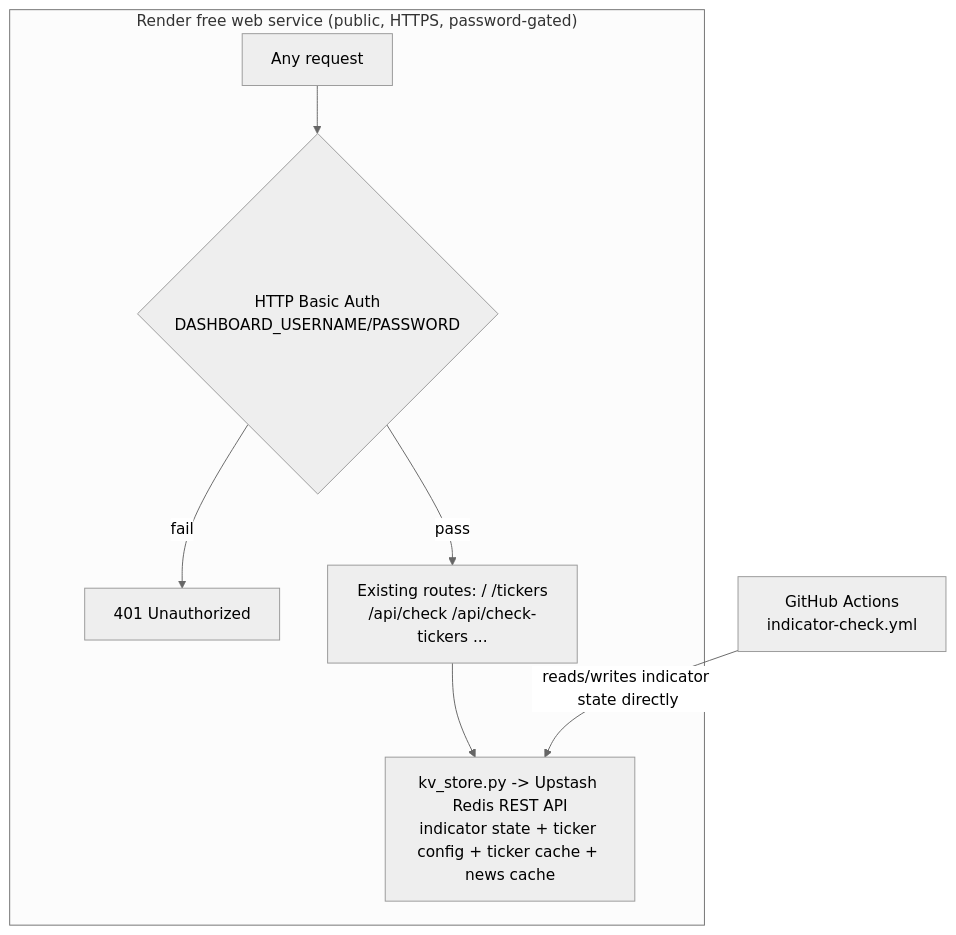
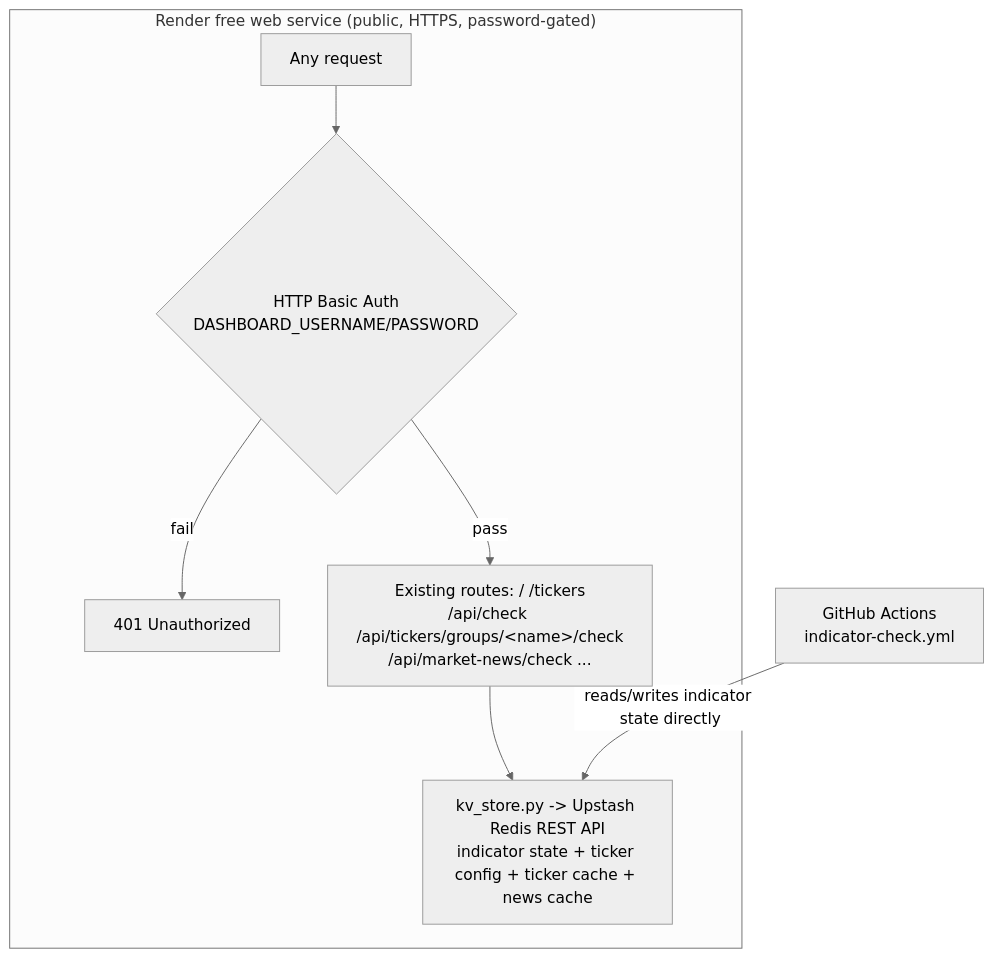
One commit to lw7ylw7y/financials changed the second of 2 diagrams in docs/v2_technical_design.md. Above: the diagram before and after it, drawn with Mermaid (neutral theme). The commit also changed other lines of this file and 10 other files, not shown here.

````diff
--- a/docs/v2_technical_design.md
+++ b/docs/v2_technical_design.md
@@ -237,10 +238,10 @@
 ```mermaid
 graph TD
     subgraph "Render free web service (public, HTTPS, password-gated)"
         REQ[Any request] --> AUTH{HTTP Basic Auth<br/>DASHBOARD_USERNAME/PASSWORD}
         AUTH -->|fail| R401[401 Unauthorized]
-        AUTH -->|pass| ROUTES[Existing routes: / /tickers<br/>/api/check /api/check-tickers ...]
+        AUTH -->|pass| ROUTES[Existing routes: / /tickers<br/>/api/check /api/tickers/groups/&lt;name&gt;/check<br/>/api/market-news/check ...]
         ROUTES --> KV[kv_store.py -> Upstash Redis REST API<br/>indicator state + ticker config + ticker cache + news cache]
     end
     GH[GitHub Actions<br/>indicator-check.yml] -->|reads/writes indicator state directly| KV
 ```
````
